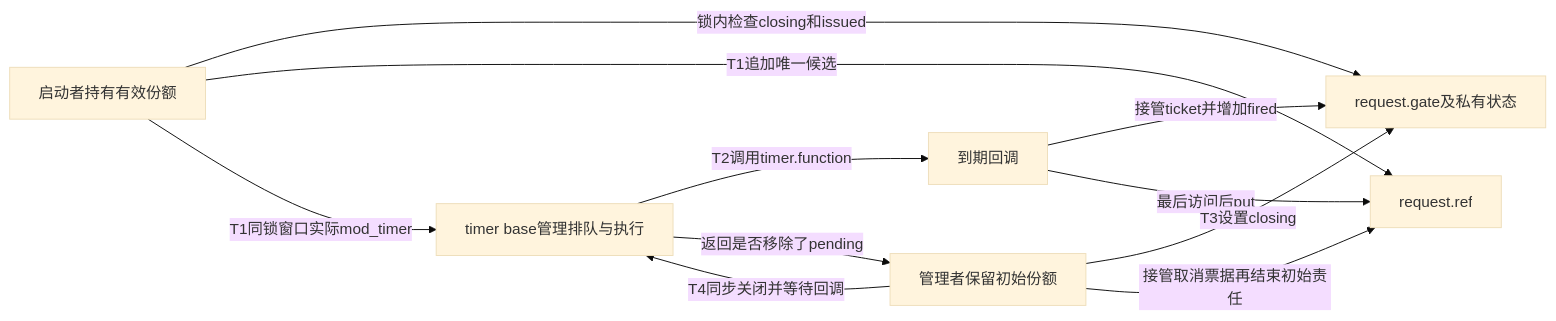
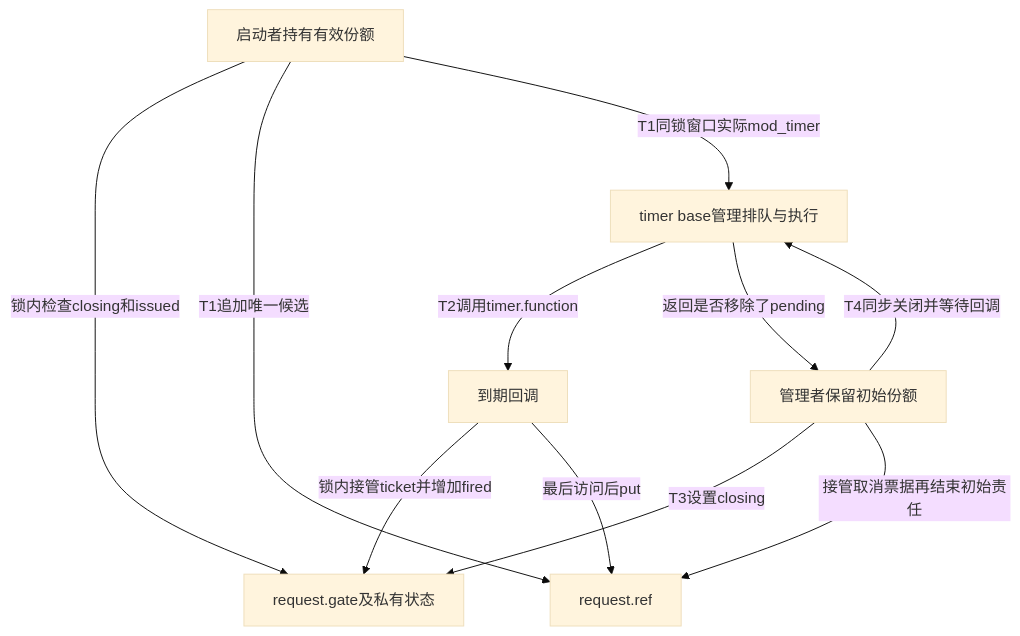
The first of 2 diagrams in knowledge/linux/object_lifetime/kref/P21_定时器交付与同步关闭模板.md (FormingSystem/linux_note), drawn with Mermaid (base theme) before and after one commit. The commit also changed other lines of this file, not shown here.

````diff
--- a/knowledge/linux/object_lifetime/kref/P21_定时器交付与同步关闭模板.md
+++ b/knowledge/linux/object_lifetime/kref/P21_定时器交付与同步关闭模板.md
@@ -32,13 +32,14 @@
 ```mermaid
-flowchart LR
+%%{init: {'flowchart': {'nodeSpacing': 90, 'rankSpacing': 110}}}%%
+flowchart TB
     S[启动者持有有效份额] -->|锁内检查closing和issued| G[request.gate及私有状态]
     S -->|T1追加唯一候选| R[request.ref]
     S -->|T1同锁窗口实际mod_timer| B[timer base管理排队与执行]
     B -->|T2调用timer.function| C[到期回调]
-    C -->|接管ticket并增加fired| G
+    C -->|锁内接管ticket并增加fired| G
     C -->|最后访问后put| R
     M[管理者保留初始份额] -->|T3设置closing| G
     M -->|T4同步关闭并等待回调| B
     B -->|返回是否移除了pending| M
     M -->|接管取消票据再结束初始责任| R
 ```
````
